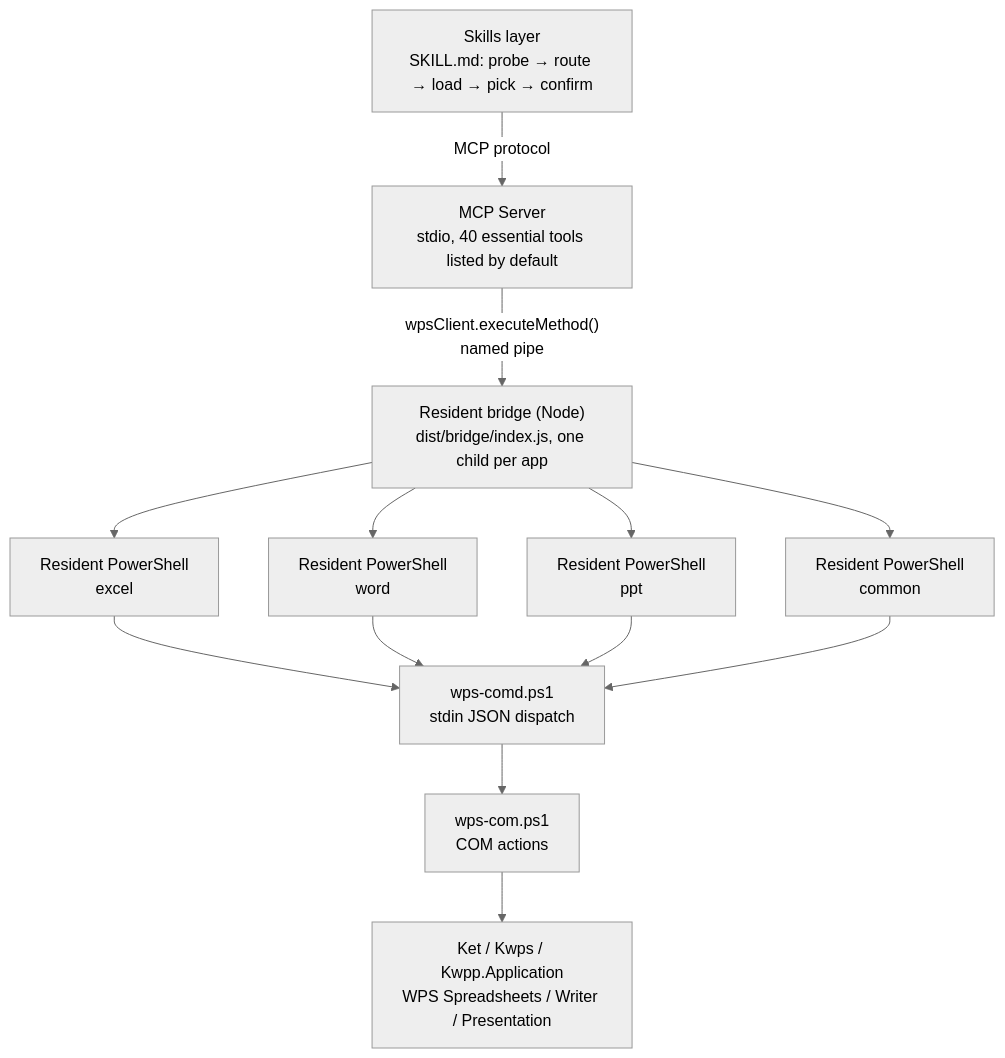
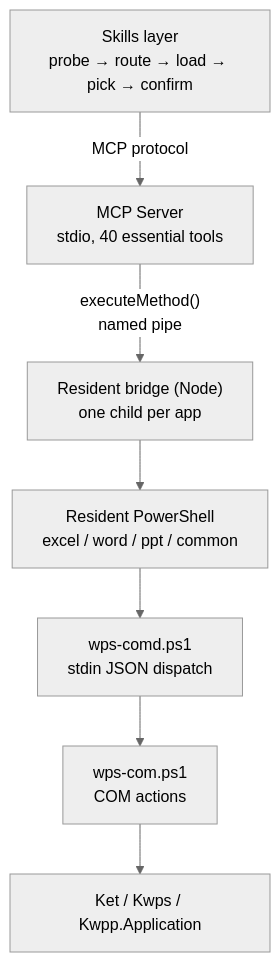
The diagram in README.en.md (forkgo430-hue/wps-multitool-mcp), drawn with Mermaid (neutral theme) before and after one commit. The commit also changed other lines of this file and 2 other files, not shown here.

````diff
--- a/README.en.md
+++ b/README.en.md
@@ -133,26 +61,17 @@
 ```mermaid
 flowchart TB
-    S["Skills layer<br/>SKILL.md: probe → route → load → pick → confirm"]
-    M["MCP Server<br/>stdio, 40 essential tools listed by default"]
-    B["Resident bridge (Node)<br/>dist/bridge/index.js, one child per app"]
-    P1["Resident PowerShell<br/>excel"]
-    P2["Resident PowerShell<br/>word"]
-    P3["Resident PowerShell<br/>ppt"]
-    P4["Resident PowerShell<br/>common"]
+    S["Skills layer<br/>probe → route → load → pick → confirm"]
+    M["MCP Server<br/>stdio, 40 essential tools"]
+    B["Resident bridge (Node)<br/>one child per app"]
+    P["Resident PowerShell<br/>excel / word / ppt / common"]
     A["wps-comd.ps1<br/>stdin JSON dispatch"]
     C["wps-com.ps1<br/>COM actions"]
-    W["Ket / Kwps / Kwpp.Application<br/>WPS Spreadsheets / Writer / Presentation"]
+    W["Ket / Kwps / Kwpp.Application"]
 
     S -->|MCP protocol| M
-    M -->|"wpsClient.executeMethod()<br/>named pipe"| B
-    B --> P1
-    B --> P2
-    B --> P3
-    B --> P4
-    P1 --> A
-    P2 --> A
-    P3 --> A
-    P4 --> A
+    M -->|"executeMethod()<br/>named pipe"| B
+    B --> P
+    P --> A
     A --> C
     C --> W
 ```
````
